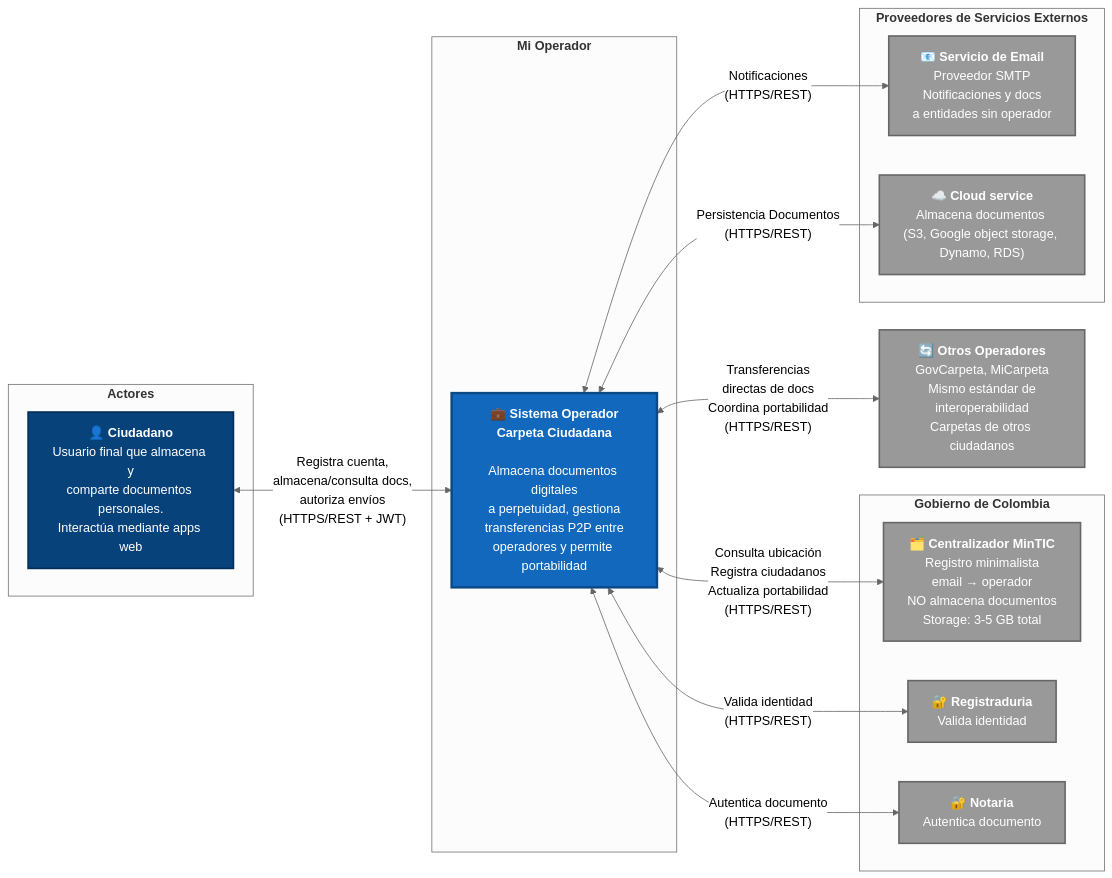
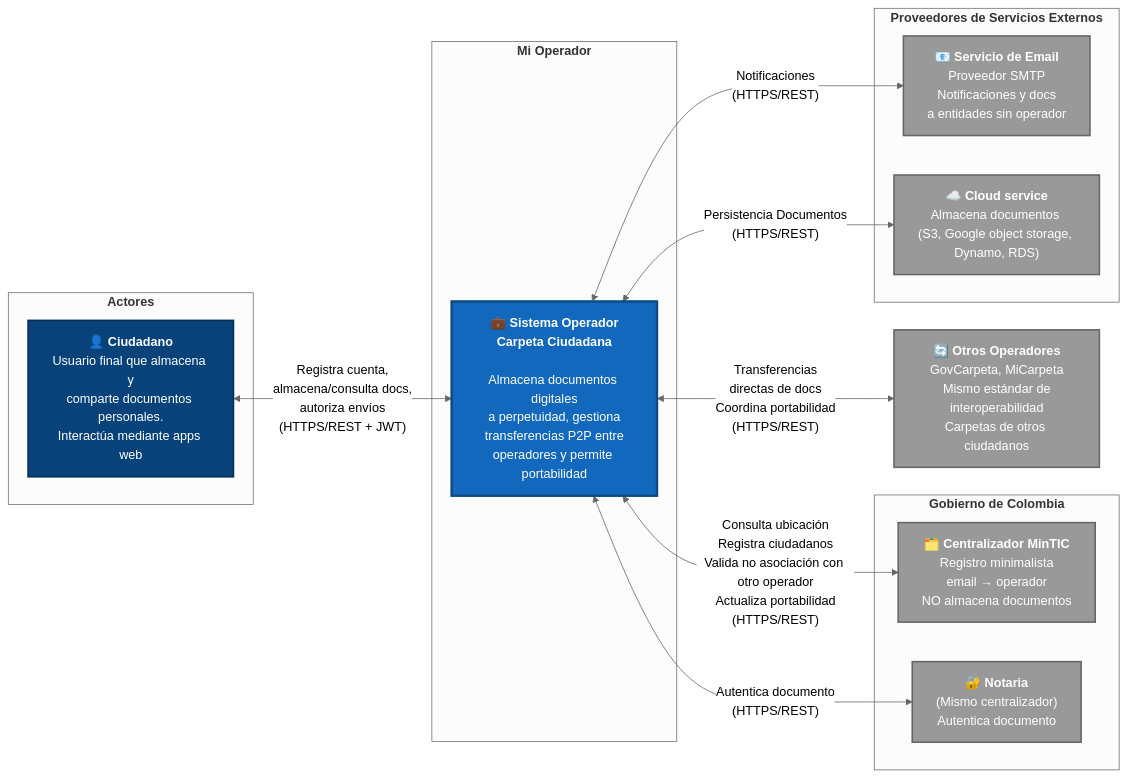
One commit to edwaraco/carpetaCiudadana changed the first of 10 diagrams in docs/c4_diagrams.md. Above: the diagram before and after it, drawn with Mermaid. The commit also changed other lines of this file, not shown here.

First line of the commit message:
feat(architecture): Draft of diagrams for our process

````diff
--- a/docs/c4_diagrams.md
+++ b/docs/c4_diagrams.md
@@ -15,63 +15,61 @@
 ```mermaid
 flowchart LR
     %%{init: {'theme': 'neutral', "flowchart" : { "curve" : "basis" } } }%%
     %% ============================================
     %% ACTORES (Izquierda)
     %% ============================================
     subgraph actors["<b>Actores</b>"]
         ciudadano["<b>👤 Ciudadano</b><br/>Usuario final que almacena y<br/>comparte documentos personales.<br/>Interactúa mediante apps web"]
     end
 
     %% ============================================
     %% SISTEMA PRINCIPAL (Centro)
     %% ============================================
     subgraph operator["<b>Mi Operador</b>"]
         carpeta["<b>💼 Sistema Operador<br/>Carpeta Ciudadana</b><br/><br/>Almacena documentos digitales<br/>a perpetuidad, gestiona<br/>transferencias P2P entre<br/>operadores y permite portabilidad"]
     end
 
     %% ============================================
     %% SISTEMAS EXTERNOS (Derecha)
     %% ============================================
     
     subgraph gov["<b>Gobierno de Colombia</b>"]
-        mintic["<b>🗂️ Centralizador MinTIC</b><br/>Registro minimalista<br/>email → operador<br/>NO almacena documentos<br/>Storage: 3-5 GB total"]
-        gov_auth["<b>🔐 Registraduria</b><br/>Valida identidad"]
-        gov_authorization["<b>🔐 Notaria</b><br/>Autentica documento"]
+        mintic["<b>🗂️ Centralizador MinTIC</b><br/>Registro minimalista<br/>email → operador<br/>NO almacena documentos"]
+        gov_authorization["<b>🔐 Notaria</b><br/>(Mismo centralizador)<br/>Autentica documento"]
     end
 
     otro_operador["<b>🔄 Otros Operadores</b><br/>GovCarpeta, MiCarpeta<br/>Mismo estándar de<br/>interoperabilidad<br/>Carpetas de otros ciudadanos"]
 
     subgraph providers["<b>Proveedores de Servicios Externos</b>"]
         email["<b>📧 Servicio de Email</b><br/>Proveedor SMTP<br/>Notificaciones y docs<br/>a entidades sin operador"]
         cloud_service["<b>☁️ Cloud service</b><br/>Almacena documentos (S3, Google object storage, Dynamo, RDS)"]
     end
 
     %% ============================================
     %% RELACIONES: Actores → Sistema
     %% ============================================
     ciudadano <-->|"Registra cuenta,<br/>almacena/consulta docs,<br/>autoriza envíos<br/>(HTTPS/REST + JWT)"| carpeta
 
     %% ============================================
     %% RELACIONES: Sistema → Externos
     %% ============================================
-    carpeta <-->|"Consulta ubicación<br/>Registra ciudadanos<br/>Actualiza portabilidad<br/>(HTTPS/REST)"| mintic
-    carpeta <-->|"Valida identidad<br/>(HTTPS/REST)"| gov_auth
+    carpeta <-->|"Consulta ubicación<br/>Registra ciudadanos<br/>Valida no asociación con otro operador<br/>Actualiza portabilidad<br/>(HTTPS/REST)"| mintic
     carpeta <-->|"Autentica documento<br/>(HTTPS/REST)"| gov_authorization
     
     carpeta <-->|"Transferencias<br/>directas de docs<br/>Coordina portabilidad<br/>(HTTPS/REST)"| otro_operador
     
     carpeta <-->|"Notificaciones<br/>(HTTPS/REST)"| email
     carpeta <-->|"Persistencia Documentos<br/>(HTTPS/REST)"| cloud_service
 
     %% ============================================
     %% ESTILOS
     %% ============================================
     classDef actorStyle fill:#08427B,stroke:#052E56,color:#fff,stroke-width:2px
     classDef systemStyle fill:#1168BD,stroke:#0B4884,color:#fff,stroke-width:3px
     classDef externalStyle fill:#999999,stroke:#666666,color:#fff,stroke-width:2px
     classDef boundaryStyle fill:#ffffff,stroke:#444444,stroke-width:2px,stroke-dasharray:5 5
 
     class ciudadano,entidad,admin actorStyle
     class carpeta systemStyle
-    class mintic,gov_auth,otro_operador,email,cloud_service,gov_authorization externalStyle
+    class mintic,otro_operador,email,cloud_service,gov_authorization externalStyle
 ```
````
